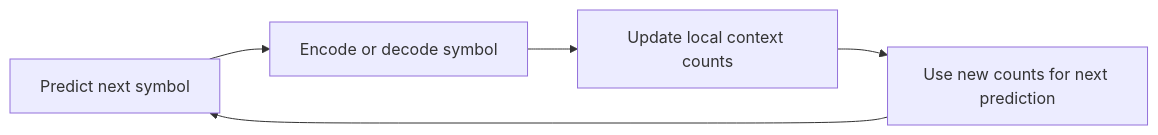
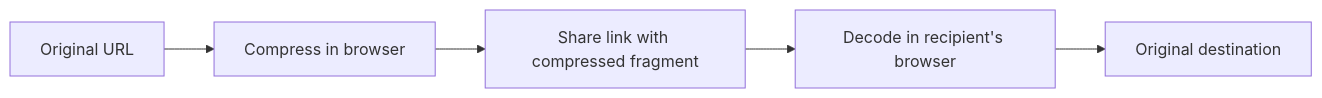
The diagram in README.md (luizbizzio/urlforge), drawn with Mermaid before and after one commit. The commit also changed other lines of this file, not shown here.

````diff
--- a/README.md
+++ b/README.md
@@ -337,7 +29,7 @@
 ```mermaid
 flowchart LR
-    A[Predict next symbol] --> B[Encode or decode symbol]
-    B --> C[Update local context counts]
-    C --> D[Use new counts for next prediction]
-    D --> A
+    A[Original URL] --> B[Compress in browser]
+    B --> C[Share link with compressed fragment]
+    C --> D["Decode in recipient's browser"]
+    D --> E[Original destination]
 ```
````
